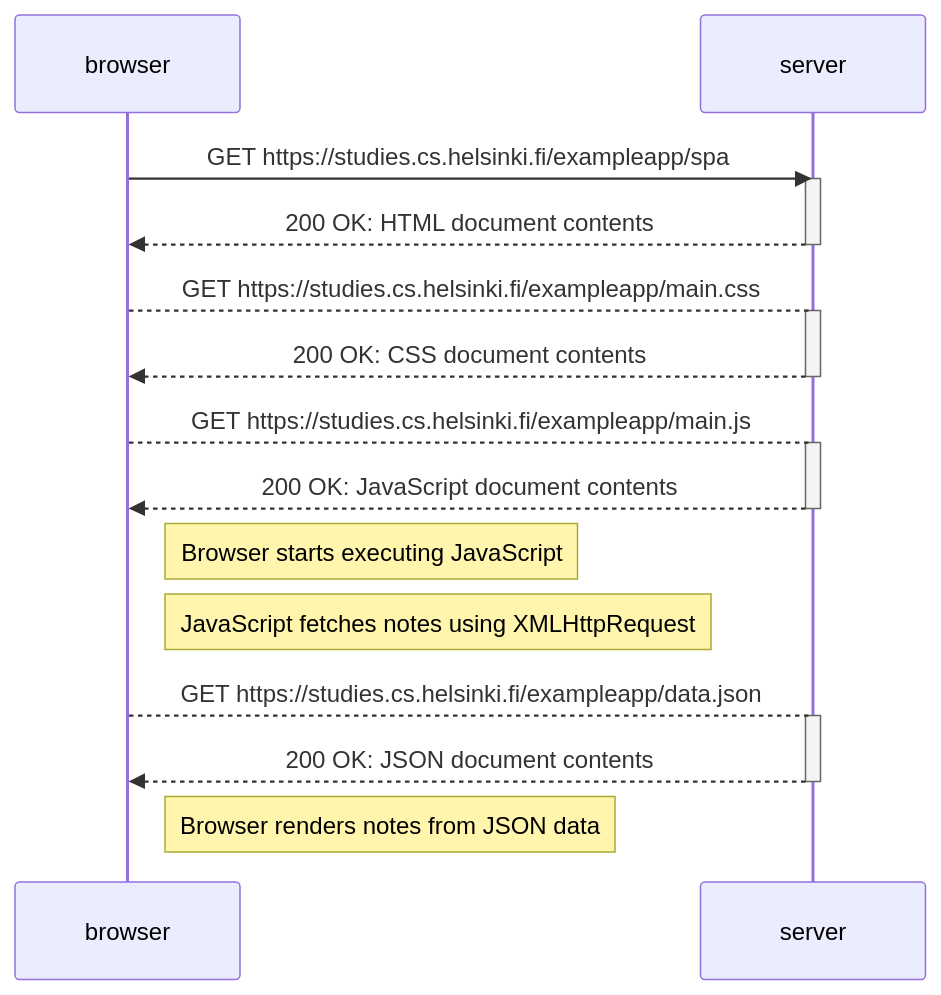
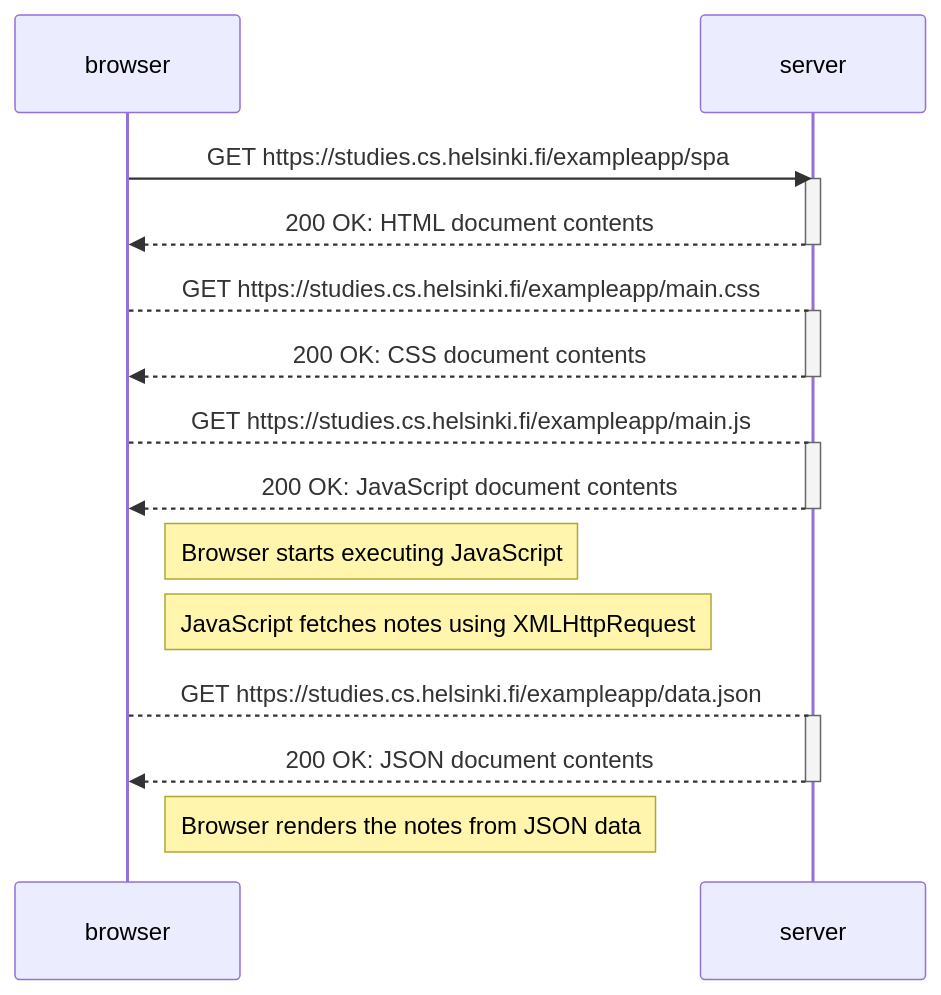
The second of 3 diagrams in part0/assignments.md (jpirhel/fullstackopen-2023-12), drawn with Mermaid before and after one commit. The commit also changed other lines of this file, not shown here.

````diff
--- a/part0/assignments.md
+++ b/part0/assignments.md
@@ -54,35 +55,35 @@
 ```mermaid
 
 sequenceDiagram
     participant browser
     participant server
     
     browser ->> server: GET https://studies.cs.helsinki.fi/exampleapp/spa
     
     activate server
     server -->> browser: 200 OK: HTML document contents
     deactivate server
 
     browser --> server: GET https://studies.cs.helsinki.fi/exampleapp/main.css
 
     activate server
     server -->> browser: 200 OK: CSS document contents
     deactivate server
 
     browser --> server: GET https://studies.cs.helsinki.fi/exampleapp/main.js
 
     activate server
     server -->> browser: 200 OK: JavaScript document contents
     deactivate server
 
     Note right of browser: Browser starts executing JavaScript
     Note right of browser: JavaScript fetches notes using XMLHttpRequest
 
     browser --> server: GET https://studies.cs.helsinki.fi/exampleapp/data.json
 
     activate server
     server -->> browser: 200 OK: JSON document contents
     deactivate server
 
-    Note right of browser: Browser renders notes from JSON data
+    Note right of browser: Browser renders the notes from JSON data
 ```
````
